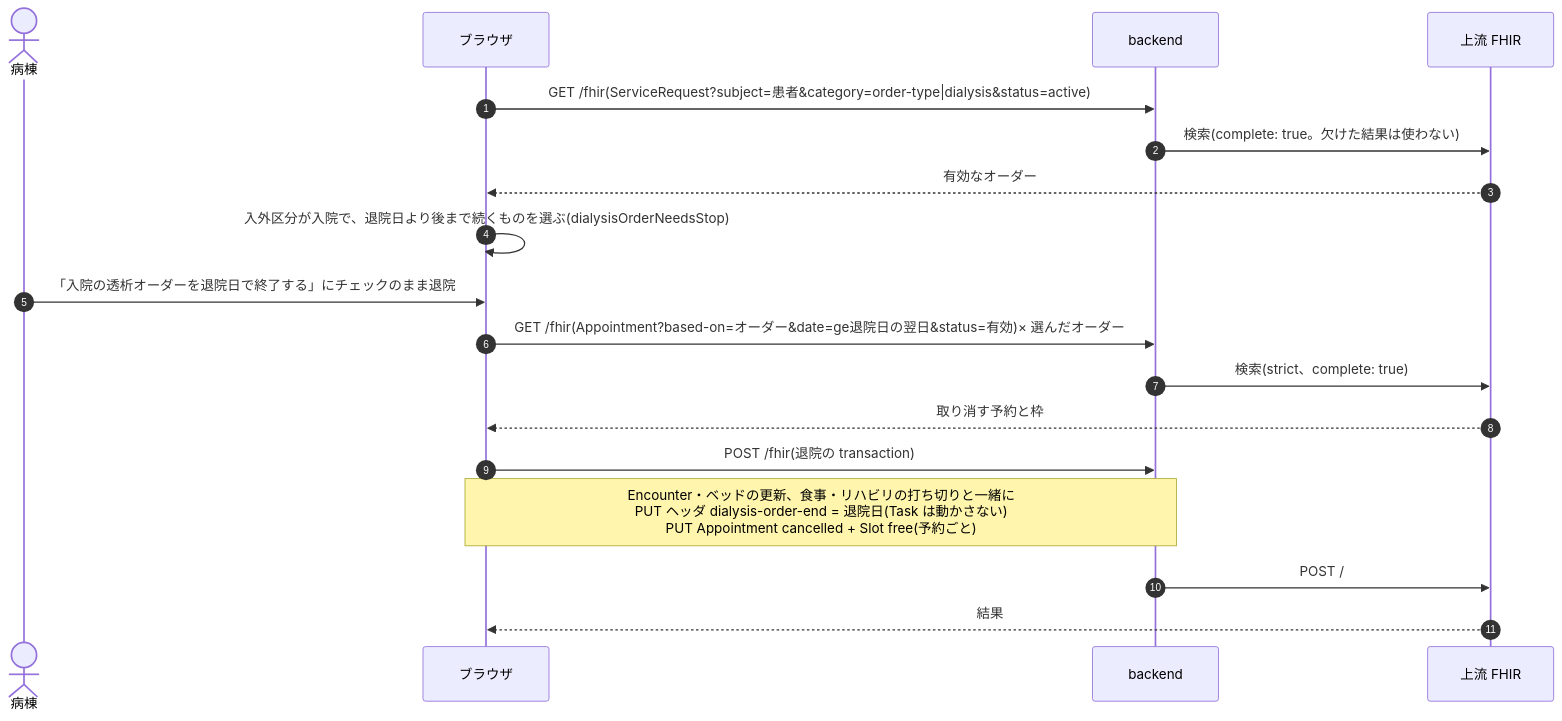
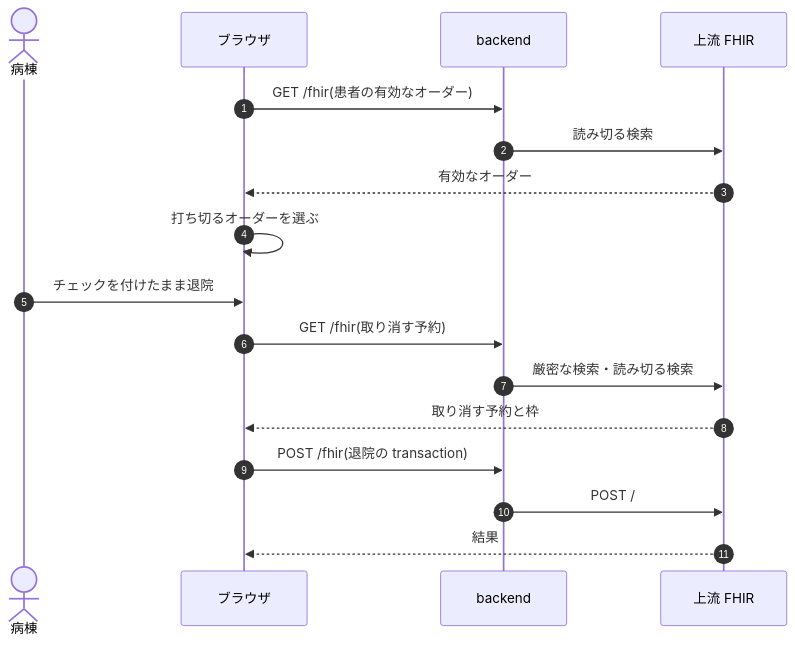
One commit to ysnr-dev/fhir-client-docs changed diagram 16 of 16 in docs/dev/dialysis.md. Above: the diagram before and after it, drawn with Mermaid. The commit also changed other lines of this file and 43 other files, not shown here.

Commit message:
docs: 業務フローとシーケンス図を写し直し

````diff
--- a/docs/dev/dialysis.md
+++ b/docs/dev/dialysis.md
@@ -313,21 +740,20 @@
 ```mermaid
 sequenceDiagram
   autonumber
   actor Ward as 病棟
   participant UI as ブラウザ
   participant BE as backend
   participant FHIR as 上流 FHIR
 
-  UI->>BE: GET /fhir(ServiceRequest?subject=患者&category=order-type|dialysis&status=active)
-  BE->>FHIR: 検索(complete: true。欠けた結果は使わない)
+  UI->>BE: GET /fhir(患者の有効なオーダー)
+  BE->>FHIR: 読み切る検索
   FHIR-->>UI: 有効なオーダー
-  UI->>UI: 入外区分が入院で、退院日より後まで続くものを選ぶ(dialysisOrderNeedsStop)
-  Ward->>UI: 「入院の透析オーダーを退院日で終了する」にチェックのまま退院
-  UI->>BE: GET /fhir(Appointment?based-on=オーダー&date=ge退院日の翌日&status=有効)× 選んだオーダー
-  BE->>FHIR: 検索(strict、complete: true)
+  UI->>UI: 打ち切るオーダーを選ぶ
+  Ward->>UI: チェックを付けたまま退院
+  UI->>BE: GET /fhir(取り消す予約)
+  BE->>FHIR: 厳密な検索・読み切る検索
   FHIR-->>UI: 取り消す予約と枠
   UI->>BE: POST /fhir(退院の transaction)
-  Note over UI,BE: Encounter・ベッドの更新、食事・リハビリの打ち切りと一緒に<br/>PUT ヘッダ dialysis-order-end = 退院日(Task は動かさない)<br/>PUT Appointment cancelled + Slot free(予約ごと)
   BE->>FHIR: POST /
   FHIR-->>UI: 結果
 ```
````
